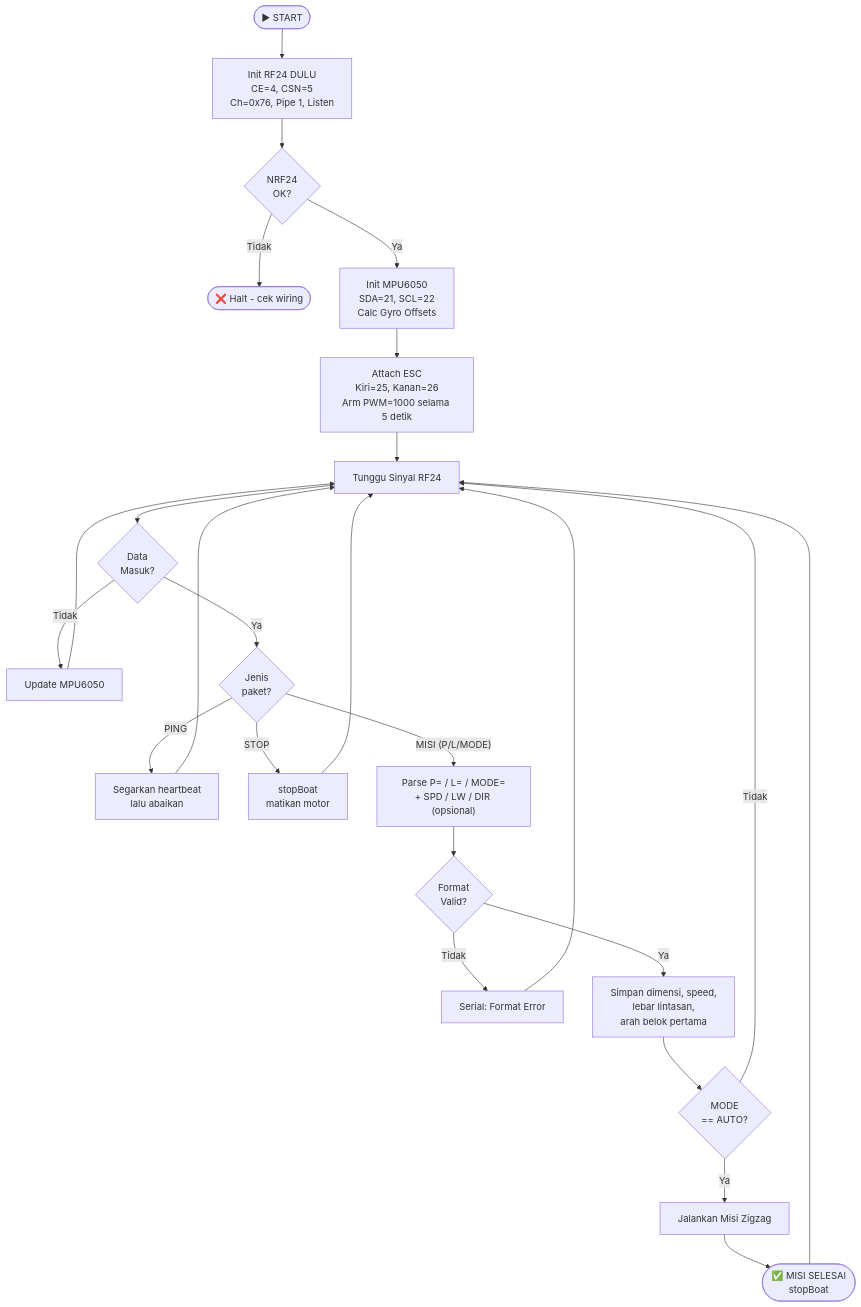
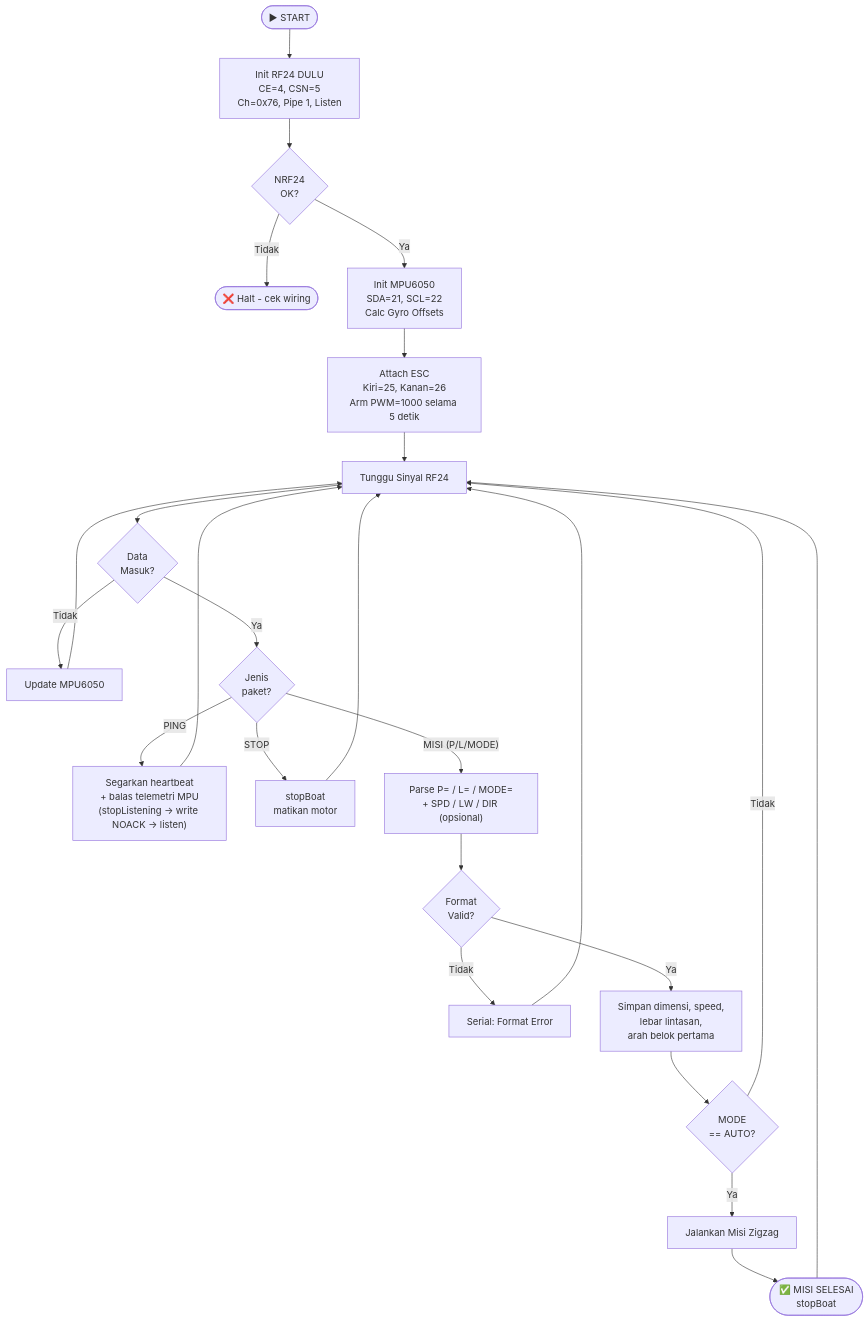
One commit to Xhorn7/Skripsi-PENGEMBANGAN-ROBOT-AKUATIK-UNTUK-FEEDER-OTOMATIS-DI-TAMBAK changed the third of 7 diagrams in flowchart.md. Above: the diagram before and after it, drawn with Mermaid. The commit also changed other lines of this file and 14 other files, not shown here.

````diff
--- a/flowchart.md
+++ b/flowchart.md
@@ -61,31 +66,31 @@
 ```mermaid
 flowchart TD
     START([▶ START]) --> INITRF["Init RF24 DULU<br/>CE=4, CSN=5<br/>Ch=0x76, Pipe 1, Listen"]
     INITRF --> CHECK{NRF24<br/>OK?}
     CHECK -- Tidak --> HALT([❌ Halt - cek wiring])
     CHECK -- Ya --> INITMPU["Init MPU6050<br/>SDA=21, SCL=22<br/>Calc Gyro Offsets"]
     INITMPU --> INITESC["Attach ESC<br/>Kiri=25, Kanan=26<br/>Arm PWM=1000 selama 5 detik"]
     INITESC --> LISTEN[Tunggu Sinyal RF24]
 
     LISTEN --> RF24{Data<br/>Masuk?}
     RF24 -- Tidak --> UPDATEMPU[Update MPU6050]
     UPDATEMPU --> LISTEN
 
     RF24 -- Ya --> PKT{Jenis<br/>paket?}
-    PKT -- PING --> HBEAT[Segarkan heartbeat<br/>lalu abaikan]
+    PKT -- PING --> HBEAT["Segarkan heartbeat<br/>+ balas telemetri MPU<br/>(stopListening → write NOACK → listen)"]
     HBEAT --> LISTEN
     PKT -- STOP --> STOPM[stopBoat<br/>matikan motor]
     STOPM --> LISTEN
 
     PKT -- "MISI (P/L/MODE)" --> PARSE["Parse P= / L= / MODE=<br/>+ SPD / LW / DIR (opsional)"]
     PARSE --> VALID{Format<br/>Valid?}
     VALID -- Tidak --> ERRMSG[Serial: Format Error]
     ERRMSG --> LISTEN
 
     VALID -- Ya --> STORE["Simpan dimensi, speed,<br/>lebar lintasan,<br/>arah belok pertama"]
     STORE --> MODECHECK{MODE<br/>== AUTO?}
     MODECHECK -- Tidak --> LISTEN
     MODECHECK -- Ya --> MISI[Jalankan Misi Zigzag]
     MISI --> DONE([✅ MISI SELESAI<br/>stopBoat])
     DONE --> LISTEN
 ```
````
